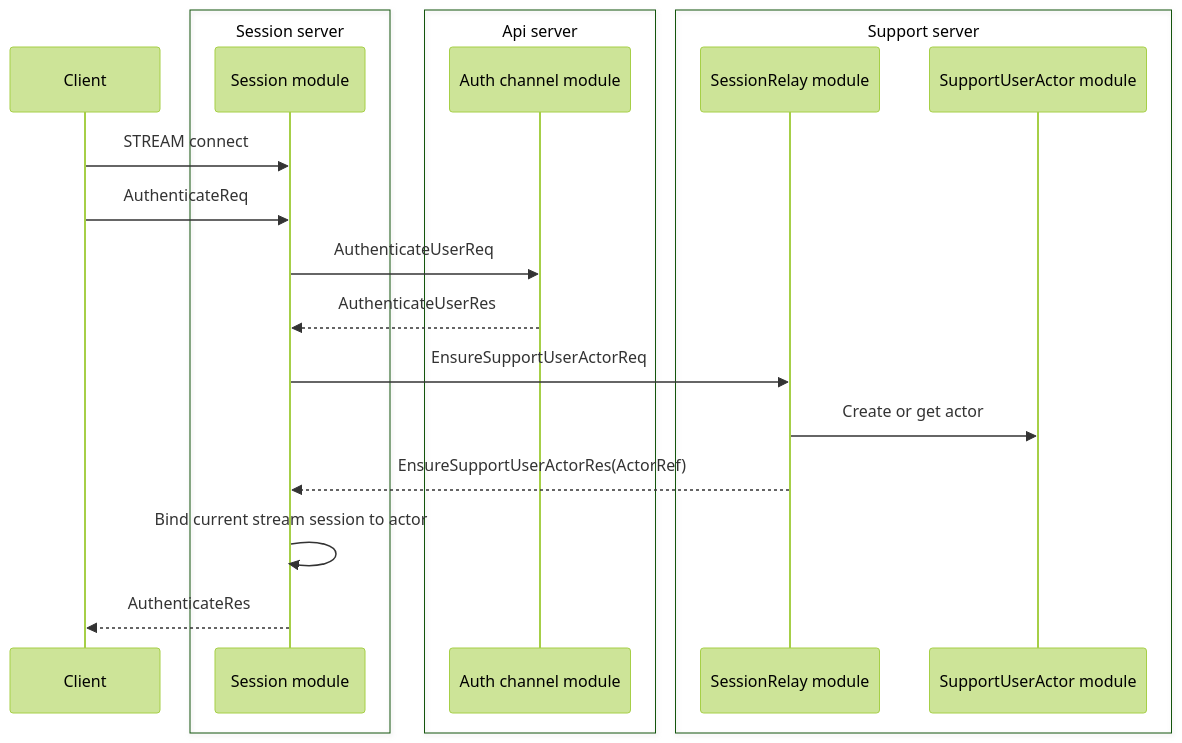
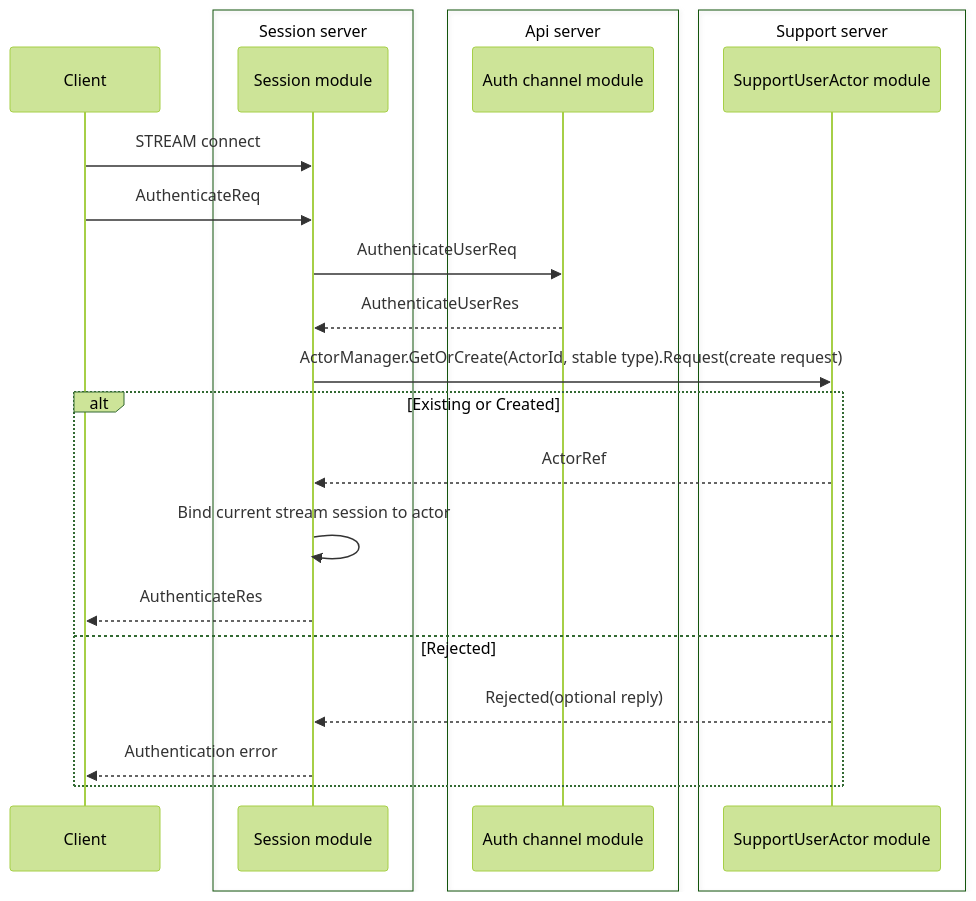
One commit to kairos-code-dev/zlink changed the second of 9 diagrams in framework/doc/framework/common/sample/supportchat/README.ko.md. Above: the diagram before and after it, drawn with Mermaid (forest theme). The commit also changed other lines of this file and 1160 other files, not shown here.

````diff
--- a/framework/doc/framework/common/sample/supportchat/README.ko.md
+++ b/framework/doc/framework/common/sample/supportchat/README.ko.md
@@ -637,27 +614,30 @@
 ```mermaid
 sequenceDiagram
     participant C as Client
 
     box Session server
         participant S as Session module
     end
 
     box Api server
         participant API as Auth channel module
     end
 
     box Support server
-        participant SUP as SessionRelay module
         participant A as SupportUserActor module
     end
 
     C->>S: STREAM connect
     C->>S: AuthenticateReq
     S->>API: AuthenticateUserReq
     API-->>S: AuthenticateUserRes
-    S->>SUP: EnsureSupportUserActorReq
-    SUP->>A: Create or get actor
-    SUP-->>S: EnsureSupportUserActorRes(ActorRef)
-    S->>S: Bind current stream session to actor
-    S-->>C: AuthenticateRes
+    S->>A: ActorManager.GetOrCreate(ActorId, stable type).Request(create request)
+    alt Existing or Created
+        A-->>S: ActorRef
+        S->>S: Bind current stream session to actor
+        S-->>C: AuthenticateRes
+    else Rejected
+        A-->>S: Rejected(optional reply)
+        S-->>C: Authentication error
+    end
 ```
````
